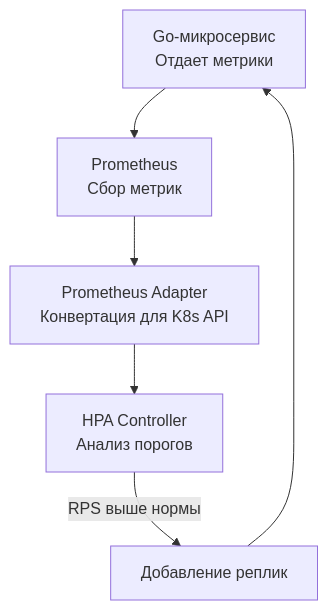
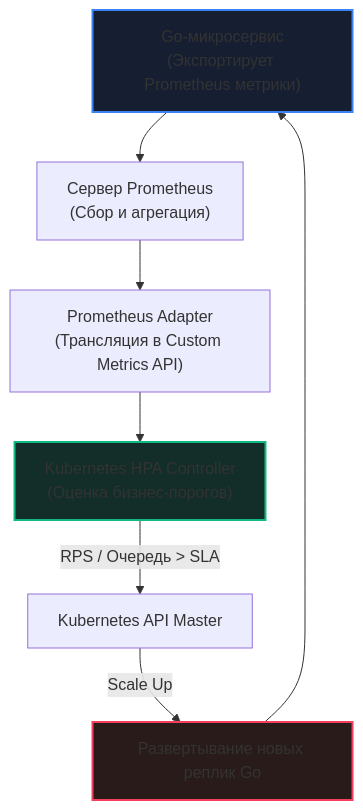
The second of 2 diagrams in sources/16. Профилирование, отладка и производительность/10. Highload/7. Autoscaling.md (UnrealTemplier/go-textbook), drawn with Mermaid before and after one commit. The commit also changed other lines of this file, not shown here.

````diff
--- a/sources/16. Профилирование, отладка и производительность/10. Highload/7. Autoscaling.md
+++ b/sources/16. Профилирование, отладка и производительность/10. Highload/7. Autoscaling.md
@@ -48,8 +89,14 @@
 ```mermaid
 flowchart TD
-    GoApp["Go-микросервис<br>Отдает метрики"] --> Prom["Prometheus<br>Сбор метрик"]
-    Prom --> Adapter["Prometheus Adapter<br>Конвертация для K8s API"]
-    Adapter --> HPA["HPA Controller<br>Анализ порогов"]
-    HPA -->|RPS выше нормы| Scale["Добавление реплик"]
-    Scale --> GoApp
+    GoApp["Go-микросервис<br>(Экспортирует Prometheus метрики)"] --> Prom["Сервер Prometheus<br>(Сбор и агрегация)"]
+    Prom --> Adapter["Prometheus Adapter<br>(Трансляция в Custom Metrics API)"]
+    Adapter --> HPA["Kubernetes HPA Controller<br>(Оценка бизнес-порогов)"]
+    
+    HPA -->|RPS / Очередь > SLA| K8sAPI["Kubernetes API Master"]
+    K8sAPI -->|Scale Up| ReplicaSet["Развертывание новых реплик Go"]
+    ReplicaSet --> GoApp
+    
+    style GoApp fill:#161e31,stroke:#3b82f6,stroke-width:2px
+    style HPA fill:#132d29,stroke:#10b981,stroke-width:2px
+    style ReplicaSet fill:#2a1b1b,stroke:#f43f5e,stroke-width:2px
 ```
````
